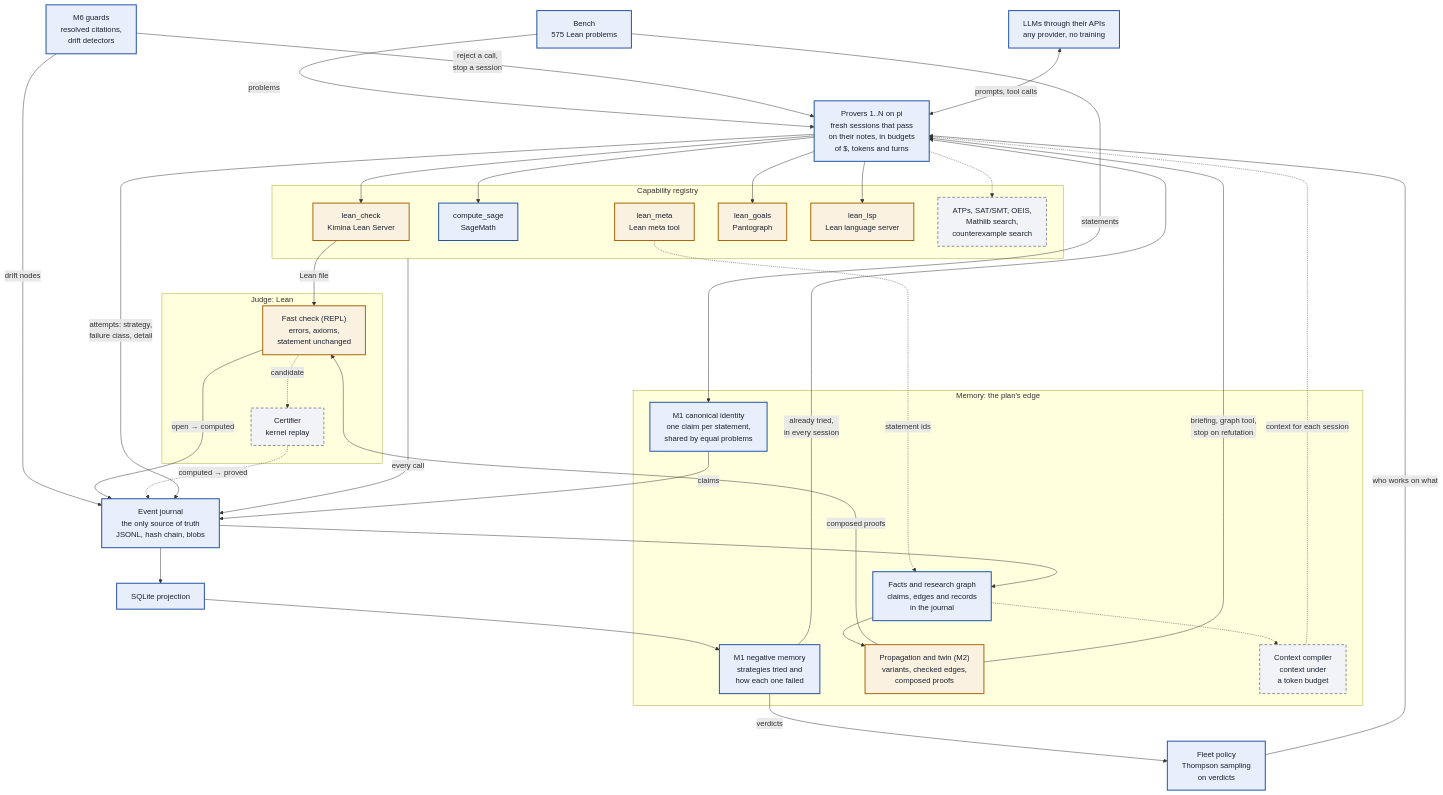
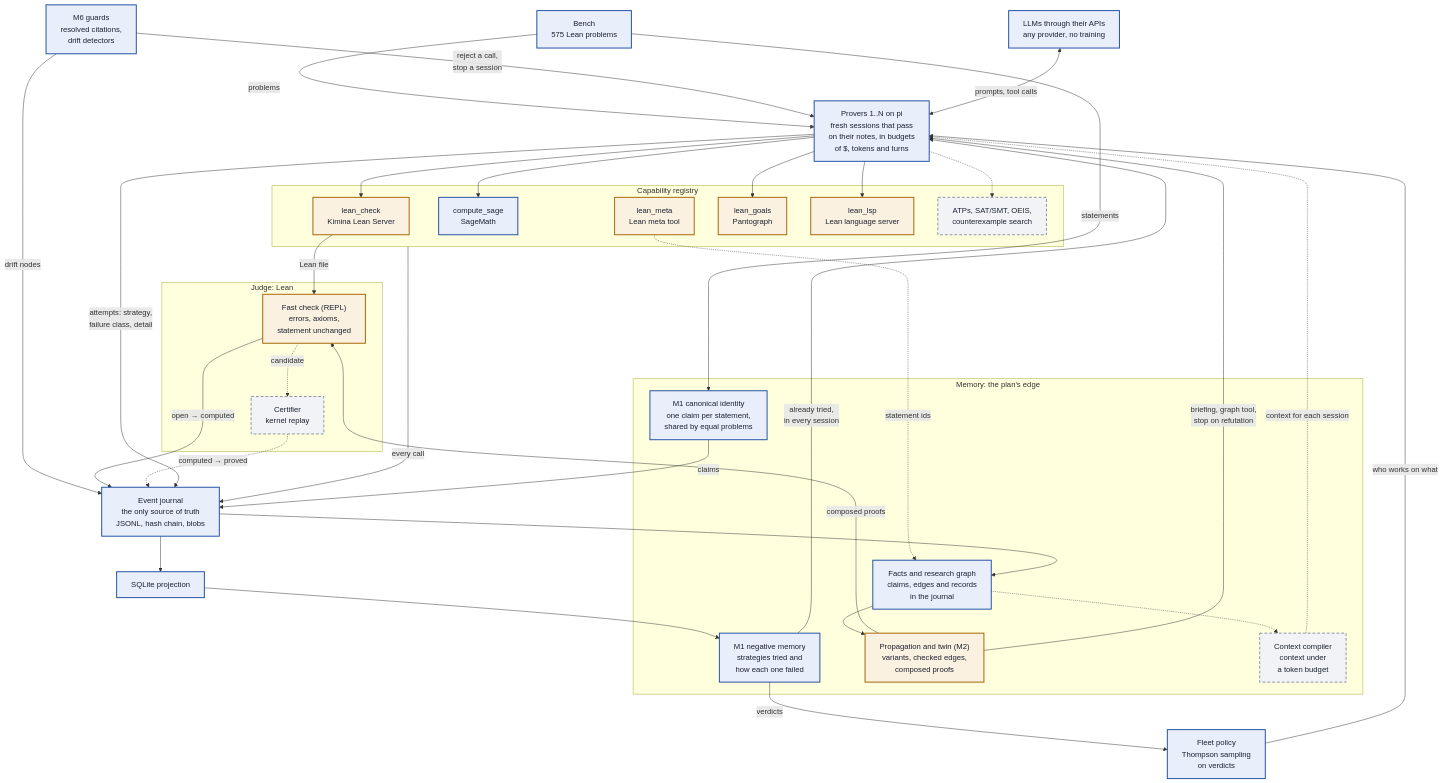
One commit to Kdevos12/seshat changed the diagram in README.md. Above: the diagram before and after it, drawn with Mermaid.

Commit message:
Drop Mathlib search from the planned node of the diagram
lean_lsp does Loogle and LeanSearch now and has its own node, so the node of the tools still to come
no longer lists Mathlib search.

Claude-Session: https://claude.ai/code/session_01BF7qL8o8hWVhEp9dvDnN1V

````diff
--- a/README.md
+++ b/README.md
@@ -19,66 +19,66 @@
 ```mermaid
 flowchart TB
   classDef built fill:#e8eefa,stroke:#1f4fa3,stroke-width:2px,color:#1b2230
   classDef wait fill:#fbf1e1,stroke:#a66300,stroke-width:2px,color:#1b2230
   classDef planned fill:#f1f3f6,stroke:#8a92a3,stroke-width:2px,stroke-dasharray:6 4,color:#1b2230
 
   bench["Bench<br/>575 Lean problems"]:::built
   fleet["Fleet policy<br/>Thompson sampling<br/>on verdicts"]:::built
   guards["M6 guards<br/>resolved citations,<br/>drift detectors"]:::built
   llm["LLMs through their APIs<br/>any provider, no training"]:::built
   provers["Provers 1..N on pi<br/>fresh sessions that pass<br/>on their notes, in budgets<br/>of $, tokens and turns"]:::built
 
   subgraph TOOLS["Capability registry"]
     leancheck["lean_check<br/>Kimina Lean Server"]:::wait
     sage["compute_sage<br/>SageMath"]:::built
     leanmeta["lean_meta<br/>Lean meta tool"]:::wait
     leangoals["lean_goals<br/>Pantograph"]:::wait
     leanlsp["lean_lsp<br/>Lean language server"]:::wait
-    moretools["ATPs, SAT/SMT, OEIS,<br/>Mathlib search,<br/>counterexample search"]:::planned
+    moretools["ATPs, SAT/SMT, OEIS,<br/>counterexample search"]:::planned
   end
 
   subgraph JUDGE["Judge: Lean"]
     fast["Fast check (REPL)<br/>errors, axioms,<br/>statement unchanged"]:::wait
     certifier["Certifier<br/>kernel replay"]:::planned
   end
 
   journal["Event journal<br/>the only source of truth<br/>JSONL, hash chain, blobs"]:::built
   projection["SQLite projection"]:::built
 
   subgraph MEMORY["Memory: the plan's edge"]
     identity["M1 canonical identity<br/>one claim per statement,<br/>shared by equal problems"]:::built
     tried["M1 negative memory<br/>strategies tried and<br/>how each one failed"]:::built
     kg["Facts and research graph<br/>claims, edges and records<br/>in the journal"]:::built
     prop["Propagation and twin (M2)<br/>variants, checked edges,<br/>composed proofs"]:::wait
     compiler["Context compiler<br/>context under<br/>a token budget"]:::planned
   end
 
   bench -->|problems| provers
   bench -->|statements| identity
   identity -->|claims| journal
   fleet -->|"who works on what"| provers
   guards -->|"reject a call,<br/>stop a session"| provers
   guards -->|"drift nodes"| journal
   llm <-->|"prompts, tool calls"| provers
   provers --> leancheck & sage
   provers -.-> moretools
   leanmeta -.->|"statement ids"| kg
   provers --> leangoals
   provers --> leanlsp
   leancheck -->|Lean file| fast
   fast -->|"open → computed"| journal
   fast -.->|candidate| certifier
   certifier -.->|"computed → proved"| journal
   TOOLS -->|"every call"| journal
   provers -->|"attempts: strategy,<br/>failure class, detail"| journal
   journal --> projection
   projection --> tried
   tried -->|"already tried,<br/>in every session"| provers
   tried -->|"verdicts"| fleet
   journal --> kg
   kg --> prop
   prop -->|"composed proofs"| fast
   prop -->|"briefing, graph tool,<br/>stop on refutation"| provers
   kg -.-> compiler
   compiler -.->|"context for each session"| provers
 ```
````
